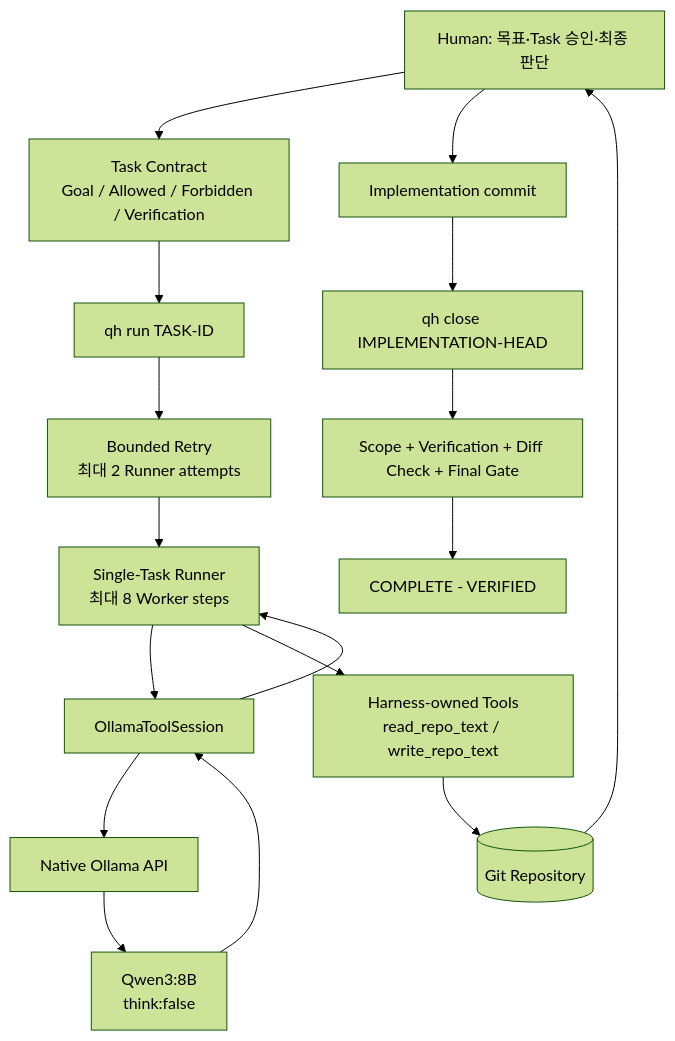
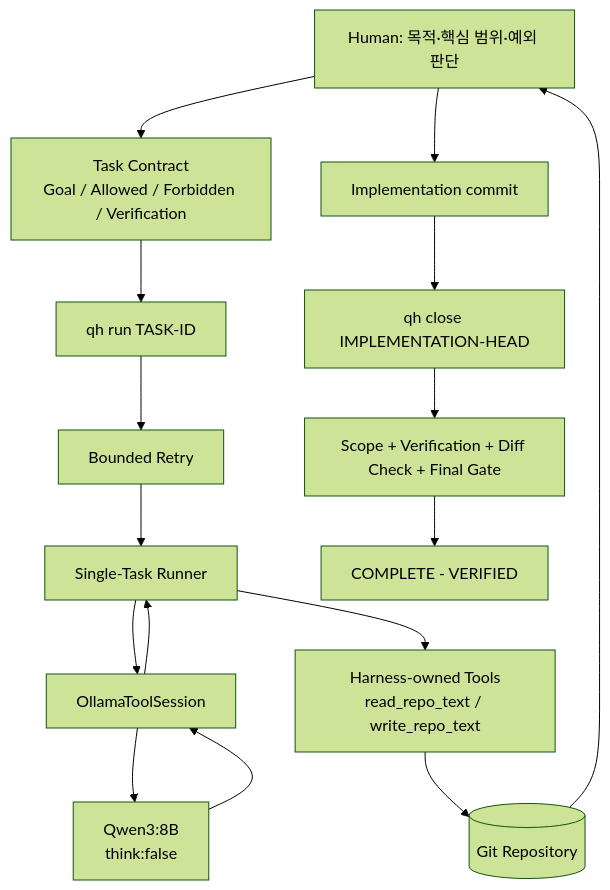
The diagram in README.md (tmdgns104/qwen-harness-test), drawn with Mermaid (forest theme) before and after one commit. The commit also changed other lines of this file and 3 other files, not shown here.

````diff
--- a/README.md
+++ b/README.md
@@ -65,22 +86,20 @@
 ```mermaid
 flowchart TD
-    Human["Human: 목표·Task 승인·최종 판단"]
+    Human["Human: 목적·핵심 범위·예외 판단"]
     Task["Task Contract\nGoal / Allowed / Forbidden / Verification"]
     Run["qh run TASK-ID"]
-    Retry["Bounded Retry\n최대 2 Runner attempts"]
-    Runner["Single-Task Runner\n최대 8 Worker steps"]
+    Retry["Bounded Retry"]
+    Runner["Single-Task Runner"]
     Adapter["OllamaToolSession"]
-    Ollama["Native Ollama API"]
     Qwen["Qwen3:8B\nthink:false"]
     Tools["Harness-owned Tools\nread_repo_text / write_repo_text"]
     Repo[("Git Repository")]
     Commit["Implementation commit"]
     Close["qh close IMPLEMENTATION-HEAD"]
     Gate["Scope + Verification + Diff Check + Final Gate"]
     Done["COMPLETE - VERIFIED"]
 
-    Human --> Task --> Run --> Retry --> Runner --> Adapter --> Ollama --> Qwen
-    Qwen --> Adapter --> Runner
-    Runner --> Tools --> Repo
+    Human --> Task --> Run --> Retry --> Runner --> Adapter --> Qwen
+    Qwen --> Adapter --> Runner --> Tools --> Repo
     Repo --> Human --> Commit --> Close --> Gate --> Done
 ```
````
